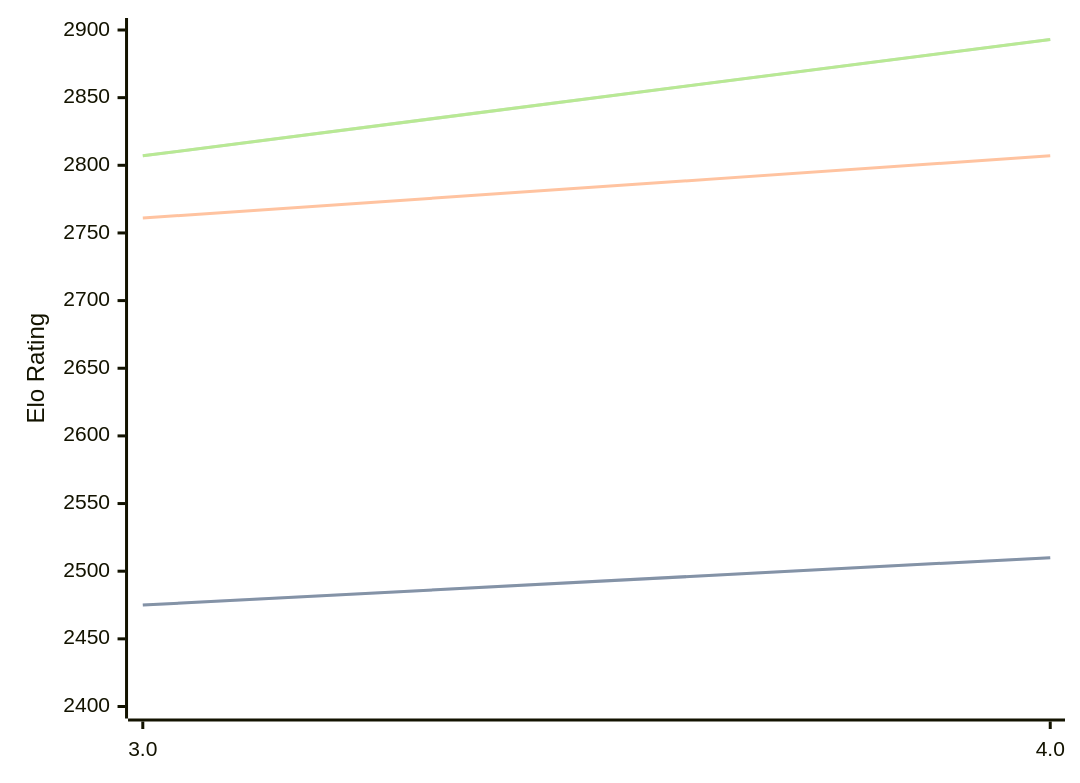
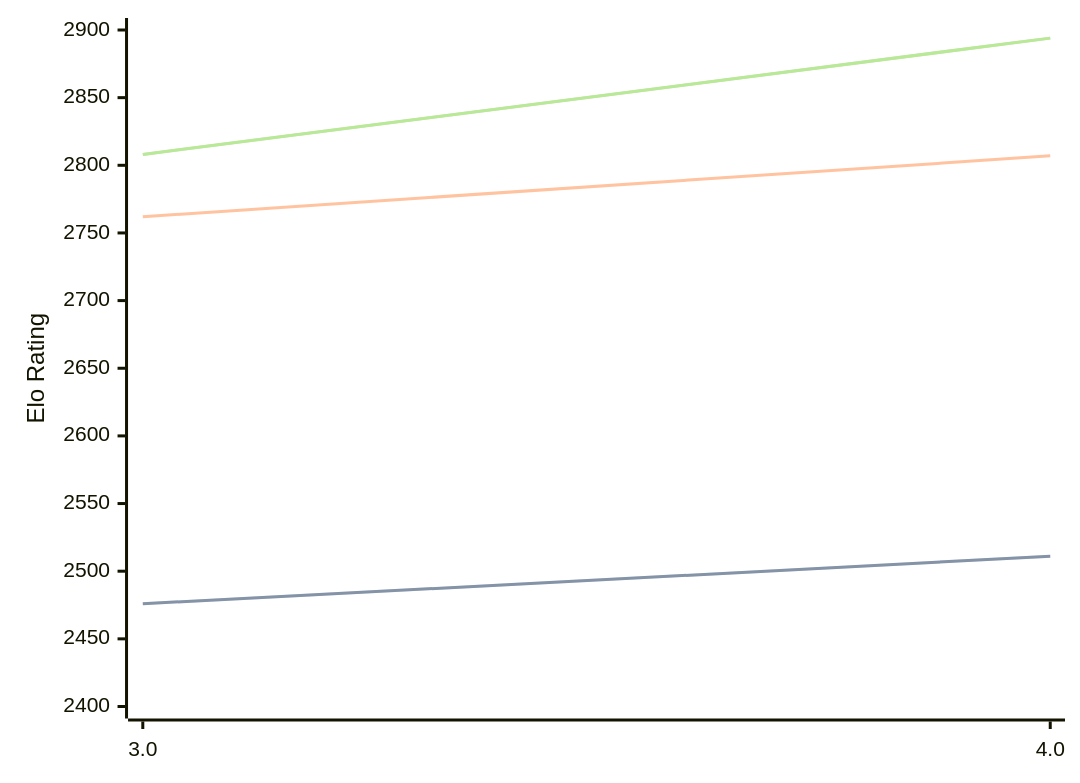
Before and after one commit to computer-chess-index/cci: the diagram in engines/Chess3.md, drawn with Mermaid. The commit also changed other lines of this file, not shown here.

Commit message:
Update CCI Ratings (ELO VLTC) - 2026-10-09

````diff
--- a/engines/Chess3.md
+++ b/engines/Chess3.md
@@ -32,11 +32,11 @@
 ```mermaid
 %%{init: {"theme":"base","themeVariables":{"seriesColors:['#a3a3a3','#222221','#faa371']}}}%%
 xychart-beta
   x-axis ["3.0", "4.0"]
   y-axis "Elo Rating" 2400 --> 2900
-  line "" [2475, 2510]
-  line "STC (8.0+0.08s)" [2475, 2510]
-  line "LTC (60.0+0.60s)" [2761, 2807]
-  line "" [2807, 2893]
-  line "VLTC (2m24s+1.12s)" [2807, 2893]
+  line "" [2476, 2511]
+  line "STC (8.0+0.08s)" [2476, 2511]
+  line "LTC (60.0+0.60s)" [2762, 2807]
+  line "" [2808, 2894]
+  line "VLTC (2m24s+1.12s)" [2808, 2894]
 ```
````
